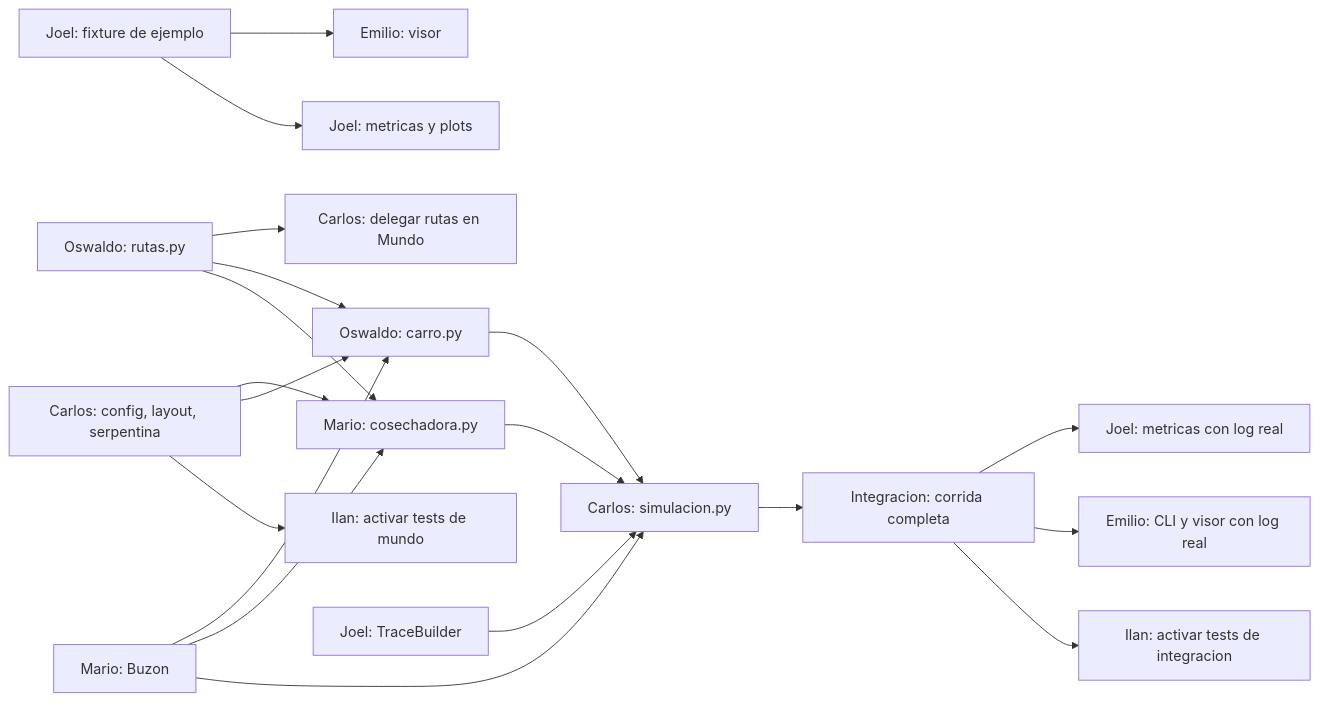
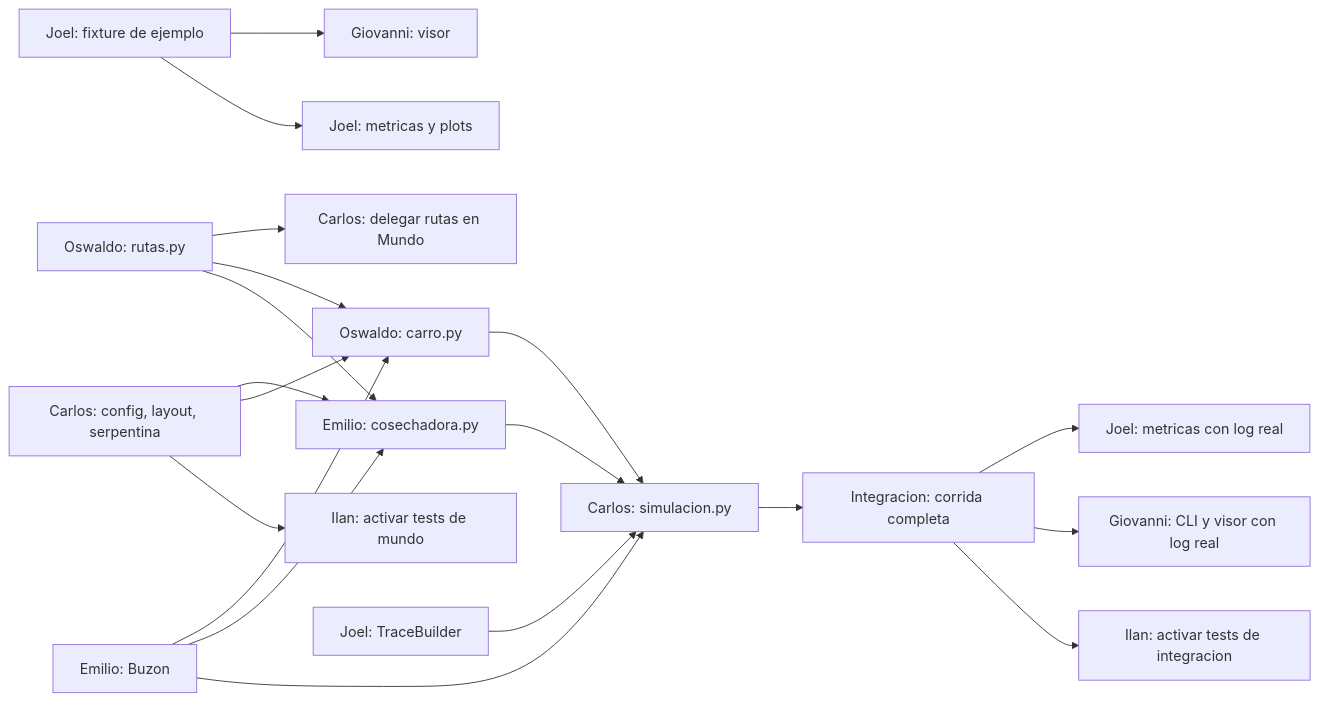
One commit to Carlos-EAC/temporary changed the first of 2 diagrams in docs/plan_de_trabajo.md. Above: the diagram before and after it, drawn with Mermaid. The commit also changed other lines of this file and 4 other files, not shown here.

````diff
--- a/docs/plan_de_trabajo.md
+++ b/docs/plan_de_trabajo.md
@@ -225,21 +225,21 @@
 ```mermaid
 flowchart LR
-  J1["Joel: fixture de ejemplo"] --> E1["Emilio: visor"]
+  J1["Joel: fixture de ejemplo"] --> E1["Giovanni: visor"]
   J1 --> J3["Joel: metricas y plots"]
   O1["Oswaldo: rutas.py"] --> C5["Carlos: delegar rutas en Mundo"]
   O1 --> O3["Oswaldo: carro.py"]
-  O1 --> M3["Mario: cosechadora.py"]
+  O1 --> M3["Emilio: cosechadora.py"]
   C2["Carlos: config, layout, serpentina"] --> M3
   C2 --> O3
   C2 --> I2["Ilan: activar tests de mundo"]
-  M1["Mario: Buzon"] --> O3
+  M1["Emilio: Buzon"] --> O3
   M1 --> M3
   M1 --> C6["Carlos: simulacion.py"]
   J2["Joel: TraceBuilder"] --> C6
   M3 --> C6
   O3 --> C6
   C6 --> INT["Integracion: corrida completa"]
   INT --> J5["Joel: metricas con log real"]
-  INT --> E3["Emilio: CLI y visor con log real"]
+  INT --> E3["Giovanni: CLI y visor con log real"]
   INT --> I3["Ilan: activar tests de integracion"]
 ```
````
